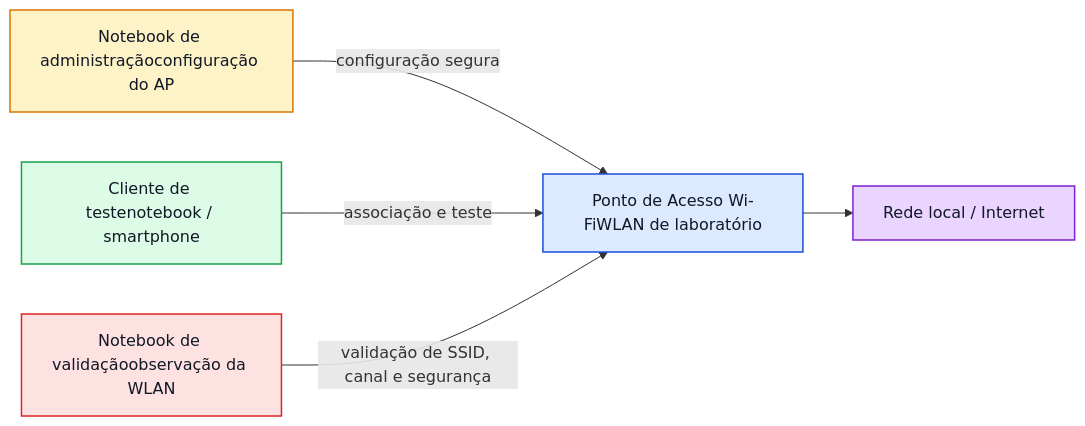
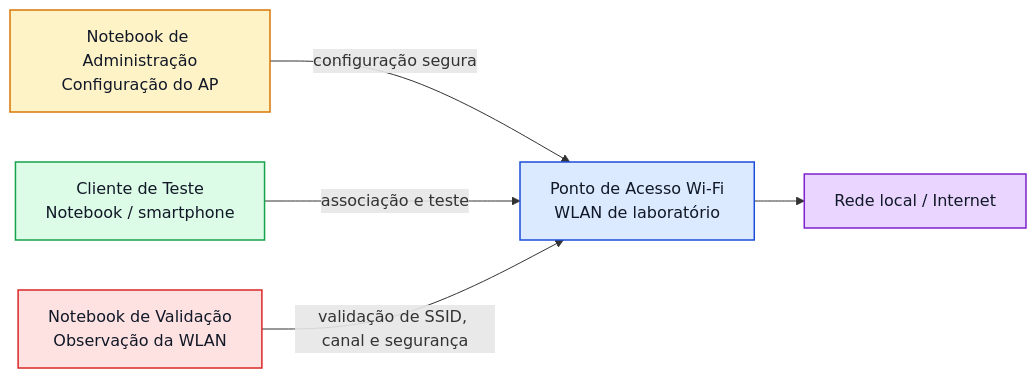
The diagram in lab/lab_wifi_3.md (peotta/lab-wifi), drawn with Mermaid before and after one commit. The commit also changed other lines of this file and 4 other files, not shown here.

````diff
--- a/lab/lab_wifi_3.md
+++ b/lab/lab_wifi_3.md
@@ -85,25 +87,25 @@
 ```mermaid
 flowchart LR
-    ADM["Notebook de administraçãoconfiguração do AP"]
-    AP["Ponto de Acesso Wi-FiWLAN de laboratório"]
-    STA["Cliente de testenotebook / smartphone"]
+    ADM["Notebook de Administração<br/>Configuração do AP"]
+    AP["Ponto de Acesso Wi-Fi<br/>WLAN de laboratório"]
+    STA["Cliente de Teste<br/>Notebook / smartphone"]
     LAN["Rede local / Internet"]
-    MON["Notebook de validaçãoobservação da WLAN"]
+    MON["Notebook de Validação<br/>Observação da WLAN"]
 
     ADM -->|configuração segura| AP
     STA -->|associação e teste| AP
     AP --> LAN
     MON -->|validação de SSID, canal e segurança| AP
 
     classDef adm fill:#fef3c7,stroke:#d97706,color:#111827,stroke-width:1.5px;
     classDef ap fill:#dbeafe,stroke:#1d4ed8,color:#111827,stroke-width:1.5px;
     classDef sta fill:#dcfce7,stroke:#16a34a,color:#111827,stroke-width:1.5px;
     classDef lan fill:#e9d5ff,stroke:#7e22ce,color:#111827,stroke-width:1.5px;
     classDef mon fill:#fee2e2,stroke:#dc2626,color:#111827,stroke-width:1.5px;
 
     class ADM adm;
     class AP ap;
     class STA sta;
     class LAN lan;
     class MON mon;
 ```
````
